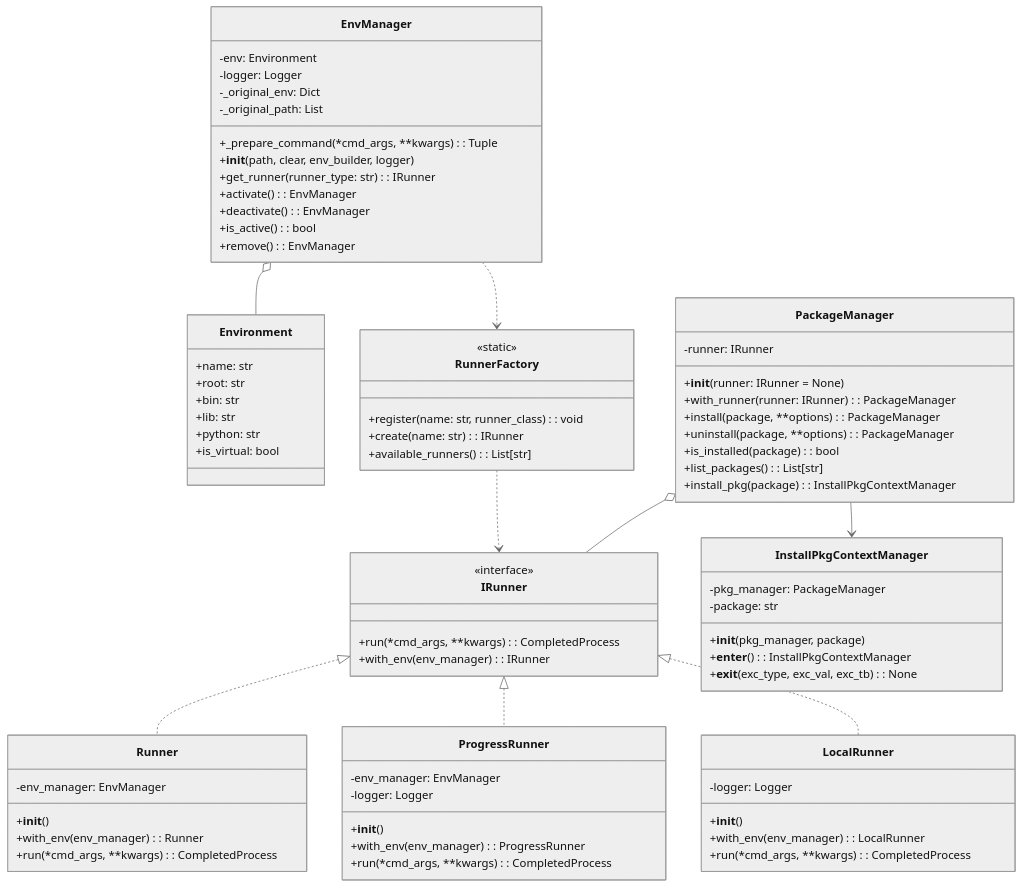
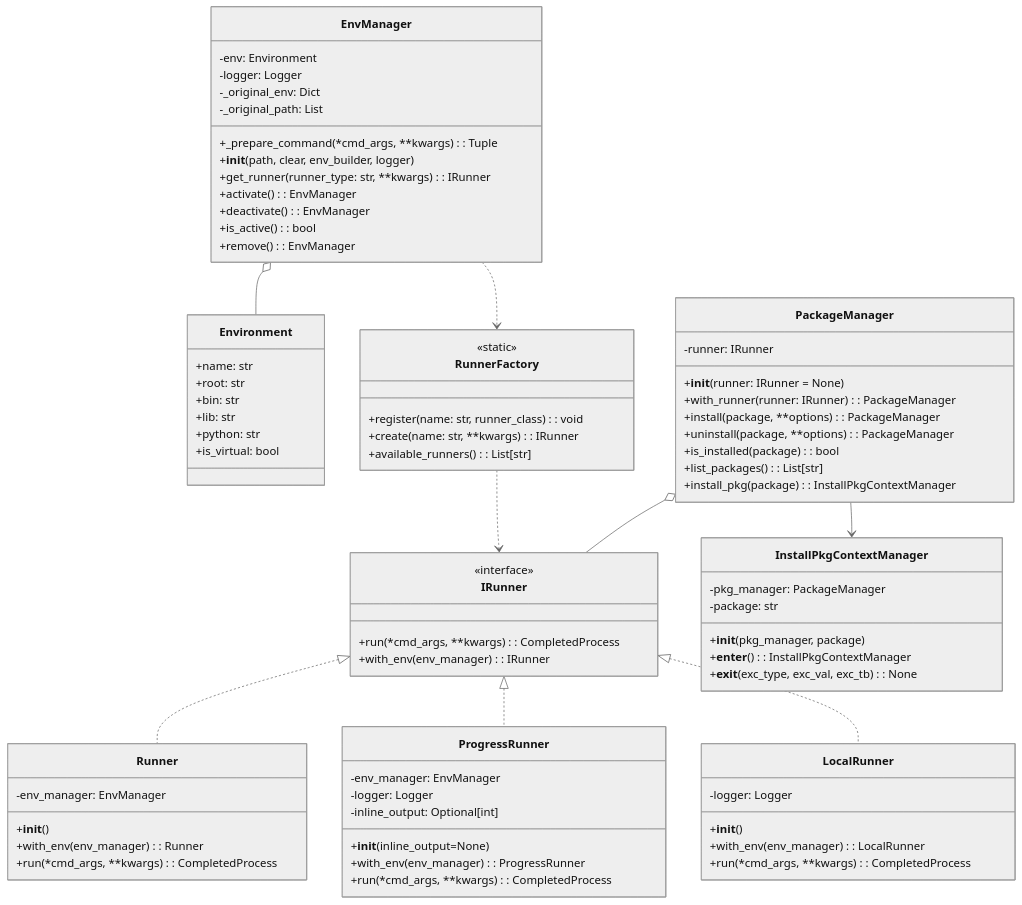
One commit to r4d4m4n71s/python_env_manager changed the first of 2 diagrams in docs/implementation_plan.md. Above: the diagram before and after it, drawn with Mermaid (neutral theme). The commit also changed other lines of this file and 12 other files, not shown here.

```diff
--- a/docs/implementation_plan.md
+++ b/docs/implementation_plan.md
@@ -35,7 +35,7 @@
         -_original_path: List
         +_prepare_command(*cmd_args, **kwargs): Tuple
         +__init__(path, clear, env_builder, logger)
-        +get_runner(runner_type: str): IRunner
+        +get_runner(runner_type: str, **kwargs): IRunner
         +activate(): EnvManager
         +deactivate(): EnvManager
         +is_active(): bool
@@ -45,7 +45,7 @@
     class RunnerFactory {
         <<static>>
         +register(name: str, runner_class): void
-        +create(name: str): IRunner
+        +create(name: str, **kwargs): IRunner
         +available_runners(): List[str]
     }
 
@@ -59,7 +59,8 @@
     class ProgressRunner {
         -env_manager: EnvManager
         -logger: Logger
-        +__init__()
+        -inline_output: Optional[int]
+        +__init__(inline_output=None)
         +with_env(env_manager): ProgressRunner
         +run(*cmd_args, **kwargs): CompletedProcess
     }
```
